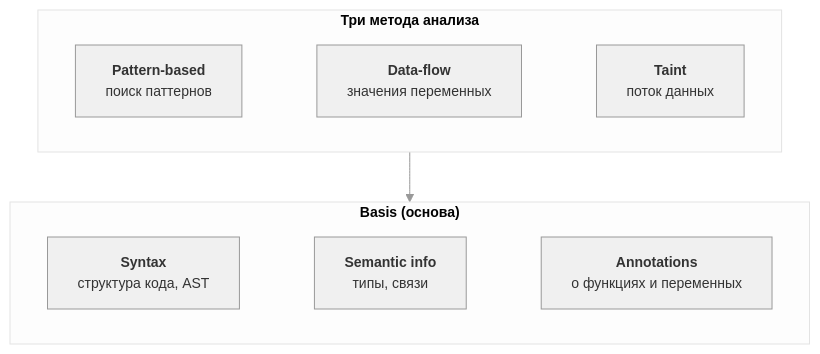
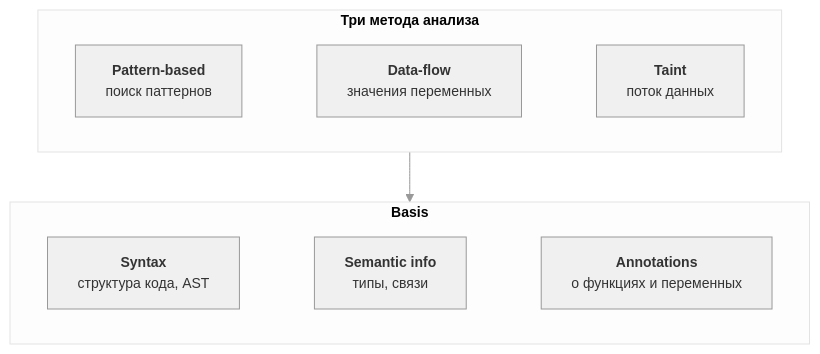
The diagram in docs/research/sast-basics.md (Otto-7/mcp), drawn with Mermaid before and after one commit.

````diff
--- a/docs/research/sast-basics.md
+++ b/docs/research/sast-basics.md
@@ -2,27 +2,27 @@
 ```mermaid
 %%{init: {'theme':'base', 'themeVariables': {
   'primaryColor': '#f0f0f0',
   'primaryTextColor': '#333333',
   'primaryBorderColor': '#999999',
   'lineColor': '#999999',
   'fontSize': '14px'
 }}}%%
 flowchart TD
     subgraph Methods["<b>Три метода анализа</b>"]
         direction LR
         P["<b>Pattern-based</b><br/>поиск паттернов"]
         D["<b>Data-flow</b><br/>значения переменных"]
         T["<b>Taint</b><br/>поток данных"]
         P ~~~ D ~~~ T
     end
 
-    subgraph Basis["<b>Basis (основа)</b>"]
+    subgraph Basis["<b>Basis</b>"]
         direction LR
         S["<b>Syntax</b><br/>структура кода, AST"]
         SI["<b>Semantic info</b><br/>типы, связи"]
         AN["<b>Annotations</b><br/>о функциях и переменных"]
         S ~~~ SI ~~~ AN
     end
 
     Methods --> Basis
 ```
````
